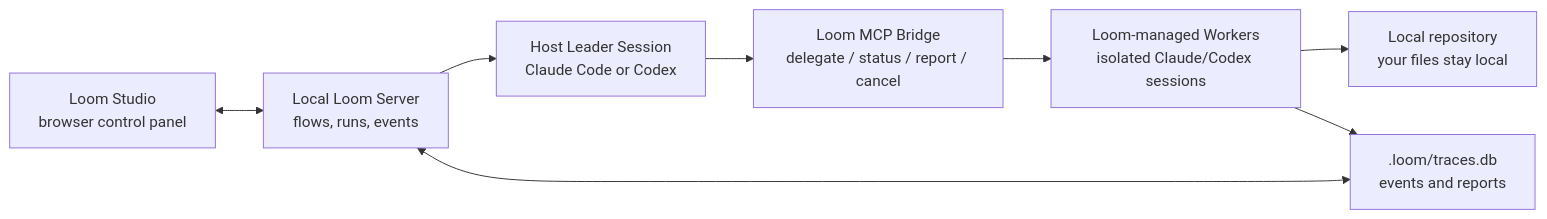
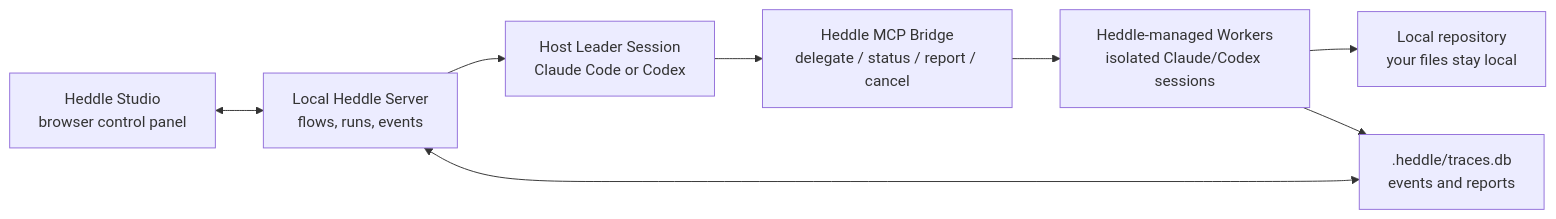
The diagram in README.md (aproto9787/loom), drawn with Mermaid before and after one commit. The commit also changed other lines of this file and 97 other files, not shown here.

Commit message:
chore: rename Loom to Heddle

````diff
--- a/README.md
+++ b/README.md
@@ -70,18 +70,18 @@
 ```mermaid
 flowchart LR
-  Studio["Loom Studio<br/>browser control panel"]
-  Server["Local Loom Server<br/>flows, runs, events"]
+  Studio["Heddle Studio<br/>browser control panel"]
+  Server["Local Heddle Server<br/>flows, runs, events"]
   Leader["Host Leader Session<br/>Claude Code or Codex"]
-  MCP["Loom MCP Bridge<br/>delegate / status / report / cancel"]
-  Workers["Loom-managed Workers<br/>isolated Claude/Codex sessions"]
+  MCP["Heddle MCP Bridge<br/>delegate / status / report / cancel"]
+  Workers["Heddle-managed Workers<br/>isolated Claude/Codex sessions"]
   Repo["Local repository<br/>your files stay local"]
-  Trace[".loom/traces.db<br/>events and reports"]
+  Trace[".heddle/traces.db<br/>events and reports"]
 
   Studio <--> Server
   Server --> Leader
   Leader --> MCP
   MCP --> Workers
   Workers --> Repo
   Workers --> Trace
   Server <--> Trace
 ```
````
